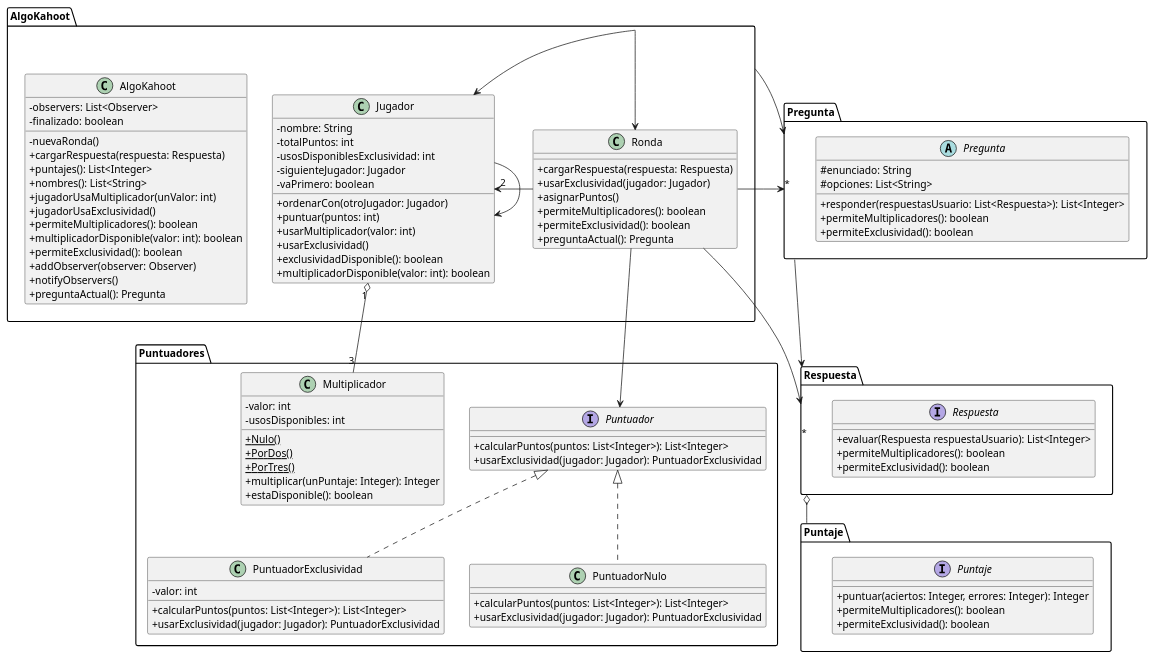
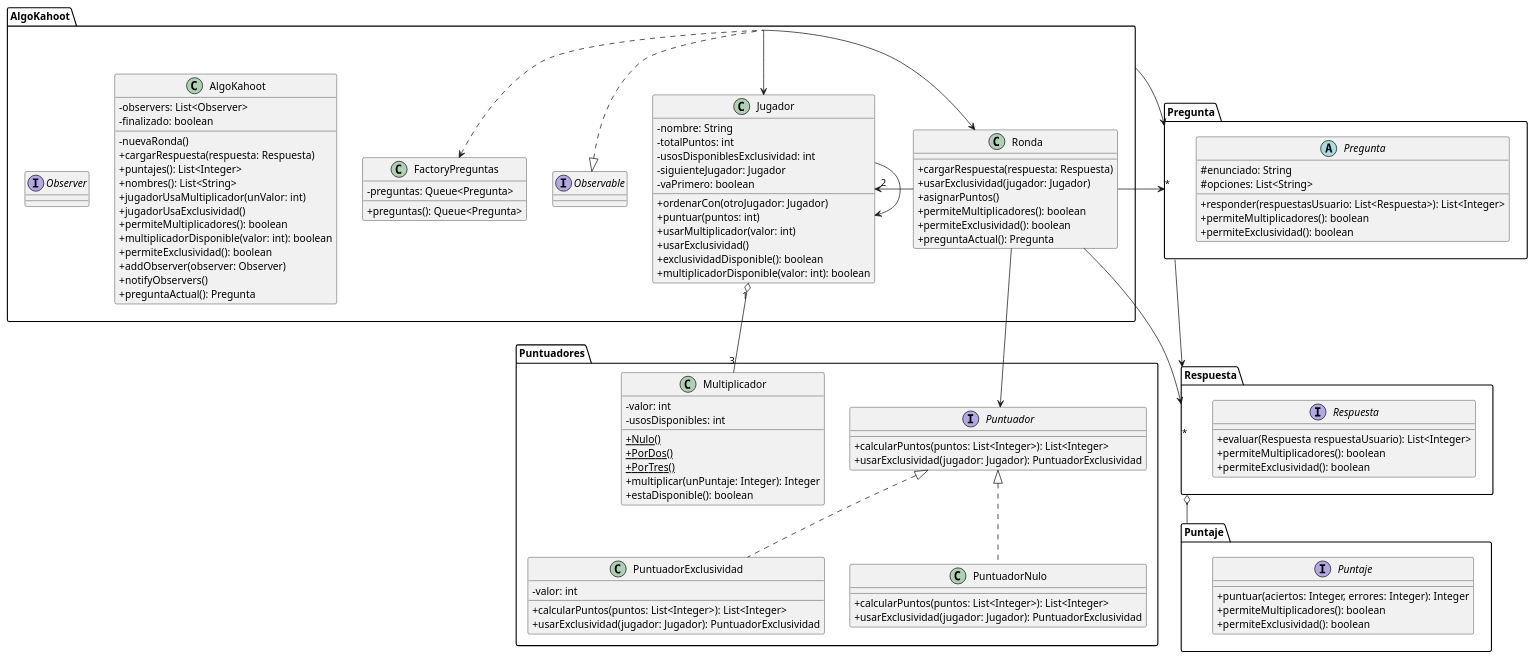
One commit to gcc-cdimatteo/Algoritmos-y-Programacion-III-75.07 changed the diagram in Documentacion/Diagramas de Clases/Diagrama de Clases General.puml. Above: the diagram before and after it, drawn with PlantUML. The commit also changed 2 other files, not shown here.

Commit message:
uml: actualizando

```diff
--- a/Documentacion/Diagramas de Clases/Diagrama de Clases General.puml
+++ b/Documentacion/Diagramas de Clases/Diagrama de Clases General.puml
@@ -1,124 +1,143 @@
 @startuml
 skinparam classAttributeIconSize 0
 
 package AlgoKahoot {
     class AlgoKahoot {
         - observers: List<Observer>
         - finalizado: boolean
         - nuevaRonda()
         + cargarRespuesta(respuesta: Respuesta)
         + puntajes(): List<Integer>
         + nombres(): List<String>
         + jugadorUsaMultiplicador(unValor: int)
         + jugadorUsaExclusividad()
         + permiteMultiplicadores(): boolean
         + multiplicadorDisponible(valor: int): boolean
         + permiteExclusividad(): boolean
         + addObserver(observer: Observer)
         + notifyObservers()
         + preguntaActual(): Pregunta
     }
     class Jugador {
         - nombre: String
         - totalPuntos: int
         - usosDisponiblesExclusividad: int
         - siguienteJugador: Jugador
         - vaPrimero: boolean
         + ordenarCon(otroJugador: Jugador)
         + puntuar(puntos: int)
         + usarMultiplicador(valor: int)
         + usarExclusividad()
         + exclusividadDisponible(): boolean
         + multiplicadorDisponible(valor: int): boolean
     }
     class Ronda {
         + cargarRespuesta(respuesta: Respuesta)
         + usarExclusividad(jugador: Jugador)
         + asignarPuntos()
         + permiteMultiplicadores(): boolean
         + permiteExclusividad(): boolean
         + preguntaActual(): Pregunta
     }
+    class FactoryPreguntas {
+        - preguntas: Queue<Pregunta>
+        + preguntas(): Queue<Pregunta>
+        /'
+        - obtenerEnunciado(pregunta: JSONObject): String
+        - obtenerRespuestaVF(pregunta: JSONObject): boolean
+        - generarPreguntaVerdaderoFalsoClasico(pregunta: JSONObject): Pregunta
+        - generarPreguntaVerdaderoFalsoPenalidad(pregunta: JSONObject): Pregunta
+        - obtenerRespuestasMC(pregunta: JSONObject): Set<Integer>
+        - generarPreguntaMultipleChoicePenalidad(pregunta: JSONObject): Pregunta
+        - generarPreguntaMultipleChoiceParcial(pregunta: JSONObject): Pregunta
+        - generarPreguntaMultipleChoiceClasico(pregunta: JSONObject): Pregunta
+        - generarPreguntaGroupChoice(pregunta: JSONObject): PreguntaGroupChoice
+        - generarPreguntaOrderedChoice(pregunta: JSONObject): PreguntaOrderedChoice
+        '/
+    }
+    interface Observable
+    interface Observer
 }
 
 package Pregunta {
     abstract class Pregunta {
         # enunciado: String
         # opciones: List<String>
         + responder(respuestasUsuario: List<Respuesta>): List<Integer>
         + permiteMultiplicadores(): boolean
         + permiteExclusividad(): boolean
     }
 }
 
 package Puntaje {
     interface Puntaje {
         + puntuar(aciertos: Integer, errores: Integer): Integer
         + permiteMultiplicadores(): boolean
         + permiteExclusividad(): boolean
     }
 }
 
 package Puntuadores {
     class Multiplicador {
         - valor: int
         - usosDisponibles: int
         + {static} Nulo()
         + {static} PorDos()
         + {static} PorTres()
         + multiplicar(unPuntaje: Integer): Integer
         + estaDisponible(): boolean
     }
     interface Puntuador {
         + calcularPuntos(puntos: List<Integer>): List<Integer>
         + usarExclusividad(jugador: Jugador): PuntuadorExclusividad
     }
     class PuntuadorExclusividad {
         - valor: int
         + calcularPuntos(puntos: List<Integer>): List<Integer>
         + usarExclusividad(jugador: Jugador): PuntuadorExclusividad
     }
     class PuntuadorNulo {
         + calcularPuntos(puntos: List<Integer>): List<Integer>
         + usarExclusividad(jugador: Jugador): PuntuadorExclusividad
     }
 }
 
 package Respuesta {
     interface Respuesta {
         + evaluar(Respuesta respuestaUsuario): List<Integer>
         + permiteMultiplicadores(): boolean
         + permiteExclusividad(): boolean
     }
 }
 
 'Ordenamiento De Cuadrados
 
 'Herencia --|> cumple la relación 'es un'
 
 'Asociacion --> un objeto guarda a otro
 Pregunta --> Respuesta
 Ronda -left-> "*" Pregunta
 Ronda -down-> Puntuador
 Ronda --> "*" Respuesta
 Ronda -right-> "2" Jugador
 AlgoKahoot --> Pregunta
 AlgoKahoot -down-> Ronda
 AlgoKahoot -down-> Jugador
 Jugador --> Jugador
 
 'Agregacion --o un objeto esta compuesto por otro pero no lo necesita para vivir
 Jugador "1" o-- "3" Multiplicador
 Respuesta o-- Puntaje
 
 'Composicion --* un objeto es dueño de otro
 
 'Dependencia ..> un objeto utiliza a otro porque lo recibe/devuelve
-'Respuesta <.right. AlgoKahoot
+AlgoKahoot .up.> FactoryPreguntas
 
 'Interfaces ..|> colección de declaraciones de métodos sin implemetnar
 PuntuadorExclusividad .up.|> Puntuador
 PuntuadorNulo .up.|> Puntuador
+AlgoKahoot .left.|> Observable
 
 
 @enduml
```
